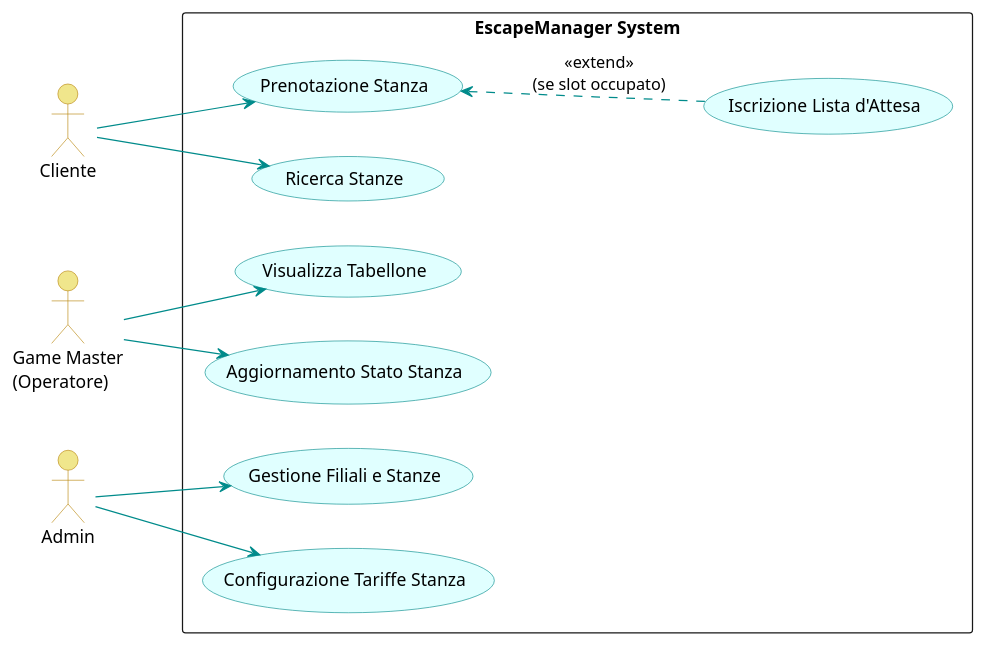
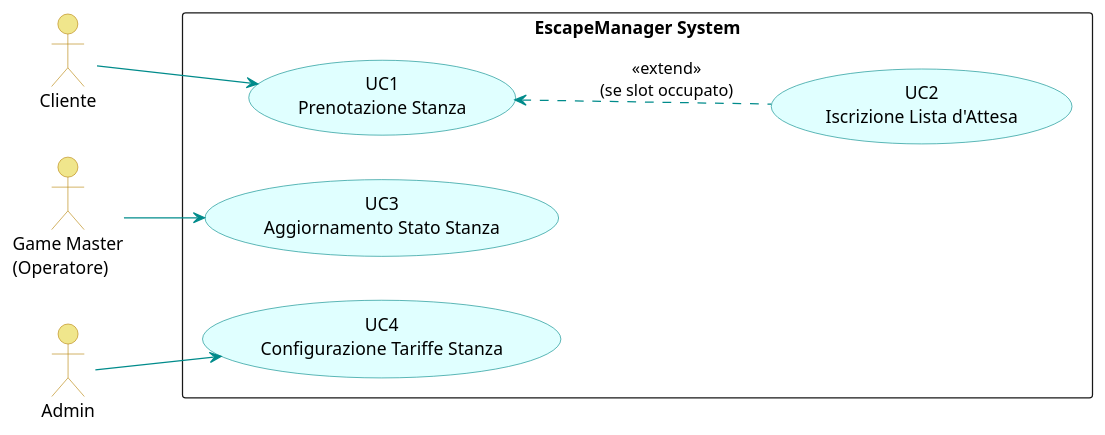
One commit to Adrycasta04/EscapeManager changed the diagram in docs/UML/usecase_diagram.puml. Above: the diagram before and after it, drawn with PlantUML. The commit also changed 18 other files, not shown here.

```diff
--- a/docs/UML/usecase_diagram.puml
+++ b/docs/UML/usecase_diagram.puml
@@ -1,47 +1,41 @@
 @startuml usecase_diagram
 left to right direction
 skinparam packageStyle rectangle
 skinparam usecase {
     BackgroundColor LightCyan
     BorderColor DarkCyan
     ArrowColor DarkCyan
 }
 skinparam actor {
     BackgroundColor Khaki
     BorderColor DarkGoldenRod
 }
 
 actor "Cliente" as C
 actor "Game Master\n(Operatore)" as GM
 actor "Admin" as A
 
 rectangle "EscapeManager System" {
     
     ' --- Casi d'uso Cliente ---
-    usecase "Ricerca Stanze" as UC_C1
-    usecase "Prenotazione Stanza" as UC_C2
-    usecase "Iscrizione Lista d'Attesa" as UC_C3
+    usecase "UC1\nPrenotazione Stanza" as UC_C1
+    usecase "UC2\nIscrizione Lista d'Attesa" as UC_C2
     
     ' --- Casi d'uso Game Master ---
-    usecase "Visualizza Tabellone" as UC_GM1
-    usecase "Aggiornamento Stato Stanza" as UC_GM3
+    usecase "UC3\nAggiornamento Stato Stanza" as UC_GM3
     
     ' --- Casi d'uso Admin ---
-    usecase "Gestione Filiali e Stanze" as UC_A1
-    usecase "Configurazione Tariffe Stanza" as UC_A2
+    usecase "UC4\nConfigurazione Tariffe Stanza" as UC_A2
 }
 
 ' --- Relazioni Attori -> Casi d'uso ---
 C --> UC_C1
-C --> UC_C2
 
-GM --> UC_GM1
 GM --> UC_GM3
 
-A --> UC_A1
 A --> UC_A2
 
 ' --- Relazioni <<extend>> (Flussi alternativi/opzionali) ---
-UC_C3 .up.> UC_C2 : <<extend>>\n(se slot occupato)
+UC_C2 .up.> UC_C1 : <<extend>>\n(se slot occupato)
 
 @enduml
```
